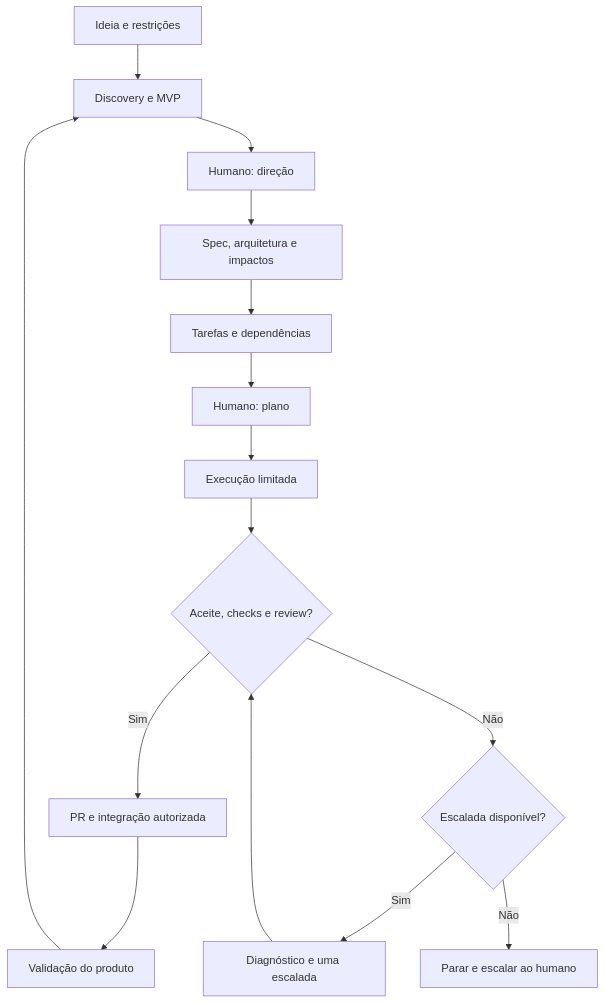
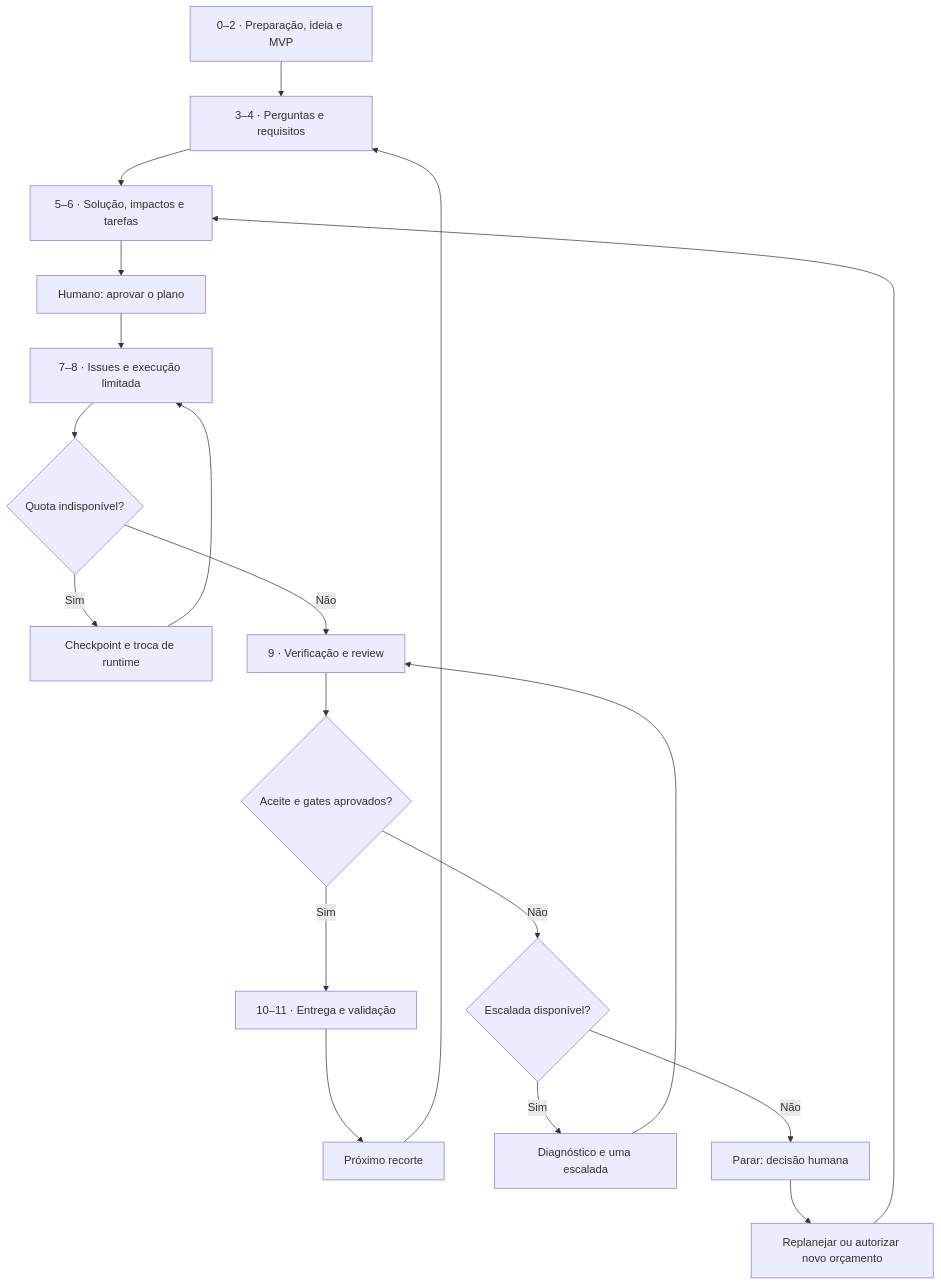
Before and after one commit to fernandosfigueiredo-prog/AI-driven-SDLC: the diagram in README.md, drawn with Mermaid. The commit also changed other lines of this file, not shown here.

````diff
--- a/README.md
+++ b/README.md
@@ -107,17 +45,21 @@
 ```mermaid
 flowchart TD
-    I["Ideia e restrições"] --> D["Discovery e MVP"]
-    D --> H1["Humano: direção"]
-    H1 --> S["Spec, arquitetura e impactos"]
-    S --> P["Tarefas e dependências"]
-    P --> H2["Humano: plano"]
-    H2 --> E["Execução limitada"]
-    E --> V{"Aceite, checks e review?"}
-    V -->|Sim| R["PR e integração autorizada"]
-    R --> F["Validação do produto"]
-    F --> D
-    V -->|Não| B{"Escalada disponível?"}
-    B -->|Sim| X["Diagnóstico e uma escalada"]
-    X --> V
-    B -->|Não| STOP["Parar e escalar ao humano"]
+    A["0–2 · Preparação, ideia e MVP"] --> B["3–4 · Perguntas e requisitos"]
+    B --> C["5–6 · Solução, impactos e tarefas"]
+    C --> H["Humano: aprovar o plano"]
+    H --> D["7–8 · Issues e execução limitada"]
+    D --> Q{"Quota indisponível?"}
+    Q -->|Sim| HAND["Checkpoint e troca de runtime"]
+    HAND --> D
+    Q -->|Não| E["9 · Verificação e review"]
+    E --> G{"Aceite e gates aprovados?"}
+    G -->|Sim| F["10–11 · Entrega e validação"]
+    F --> NEXT["Próximo recorte"]
+    NEXT --> B
+    G -->|Não| R{"Escalada disponível?"}
+    R -->|Sim| ESC["Diagnóstico e uma escalada"]
+    ESC --> E
+    R -->|Não| STOP["Parar: decisão humana"]
+    STOP --> REPLAN["Replanejar ou autorizar novo orçamento"]
+    REPLAN --> C
 ```
````
